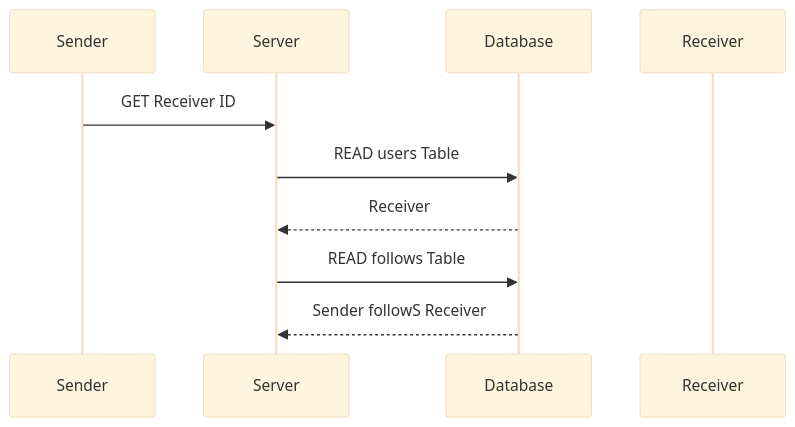
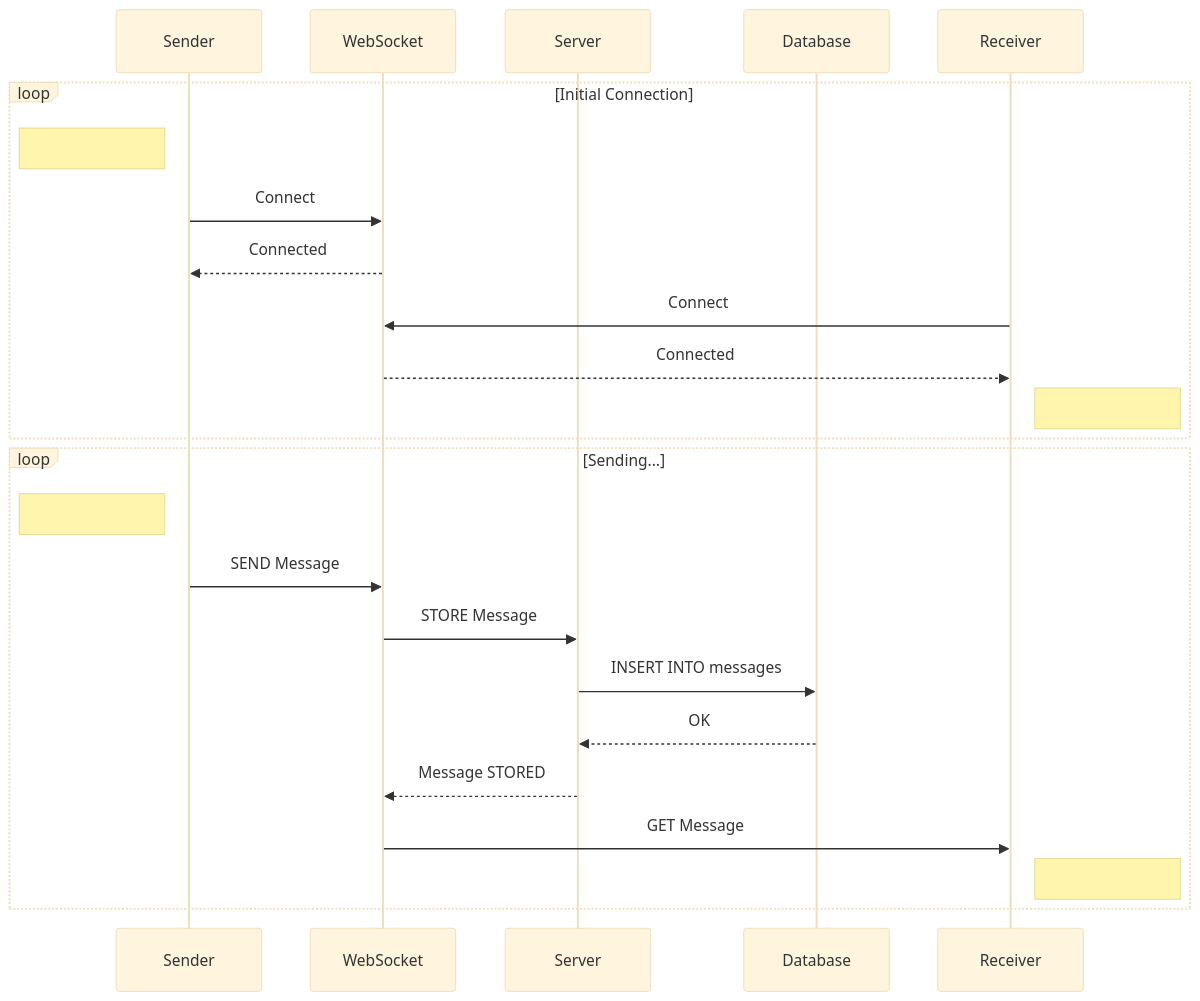
The eighth of 10 diagrams in README.md (mamadbah2/social-network), drawn with Mermaid (base theme) before and after one commit. The commit also changed other lines of this file, not shown here.

Commit message:
Class Interaction and UML [UPDATED]

````diff
--- a/README.md
+++ b/README.md
@@ -340,13 +398,28 @@
 ```mermaid
 sequenceDiagram
     Participant Sender
+    Participant WebSocket
     Participant Server
     Participant Database
     Participant Receiver
 
-    Sender ->> Server: GET Receiver ID
-    Server ->> Database: READ users Table
-    Database -->> Server: Receiver
-    Server ->> Database: READ follows Table
-    Database -->> Server: Sender followS Receiver
+    loop Initial Connection
+        Note left of Sender: 
+        Sender ->> WebSocket: Connect
+        WebSocket -->> Sender: Connected
+        Receiver ->> WebSocket: Connect
+        WebSocket -->> Receiver: Connected
+        Note right of Receiver: 
+    end
+
+    loop Sending...
+        Note left of Sender: 
+        Sender ->> WebSocket: SEND Message
+        WebSocket ->> Server: STORE Message
+        Server ->> Database: INSERT INTO messages
+        Database -->> Server: OK
+        Server -->> WebSocket: Message STORED
+        WebSocket ->> Receiver: GET Message
+        Note right of Receiver: 
+    end
 ```
````
